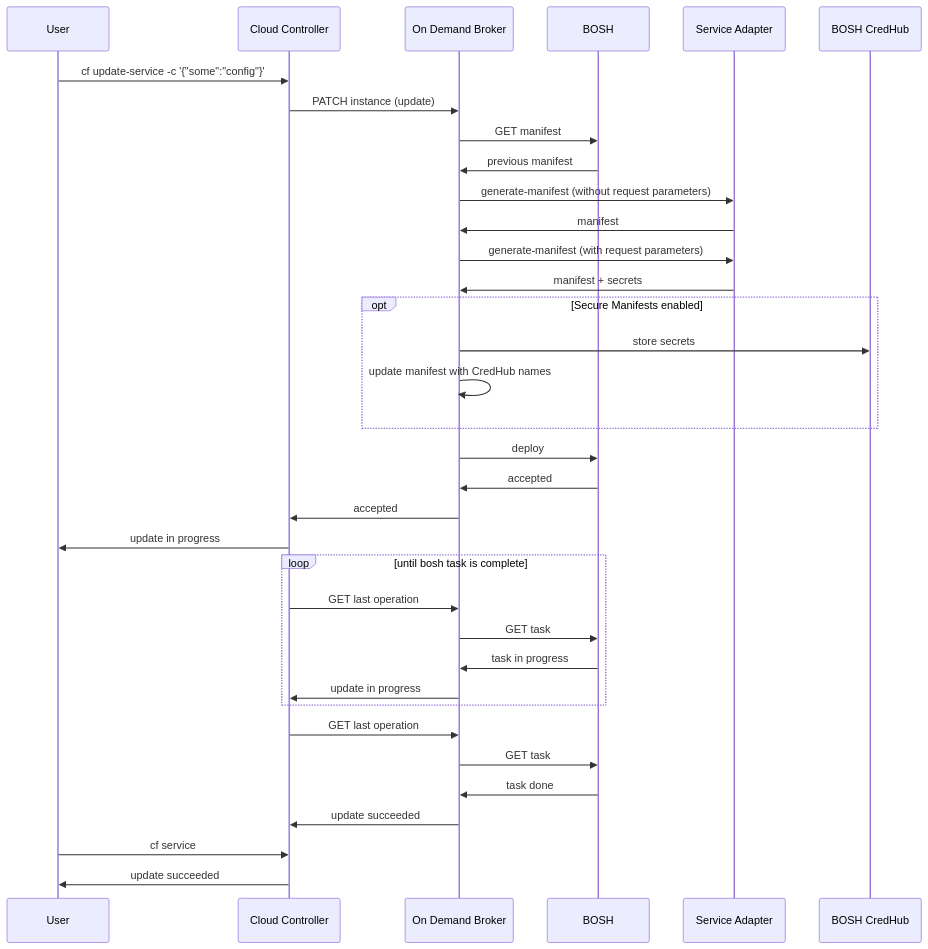
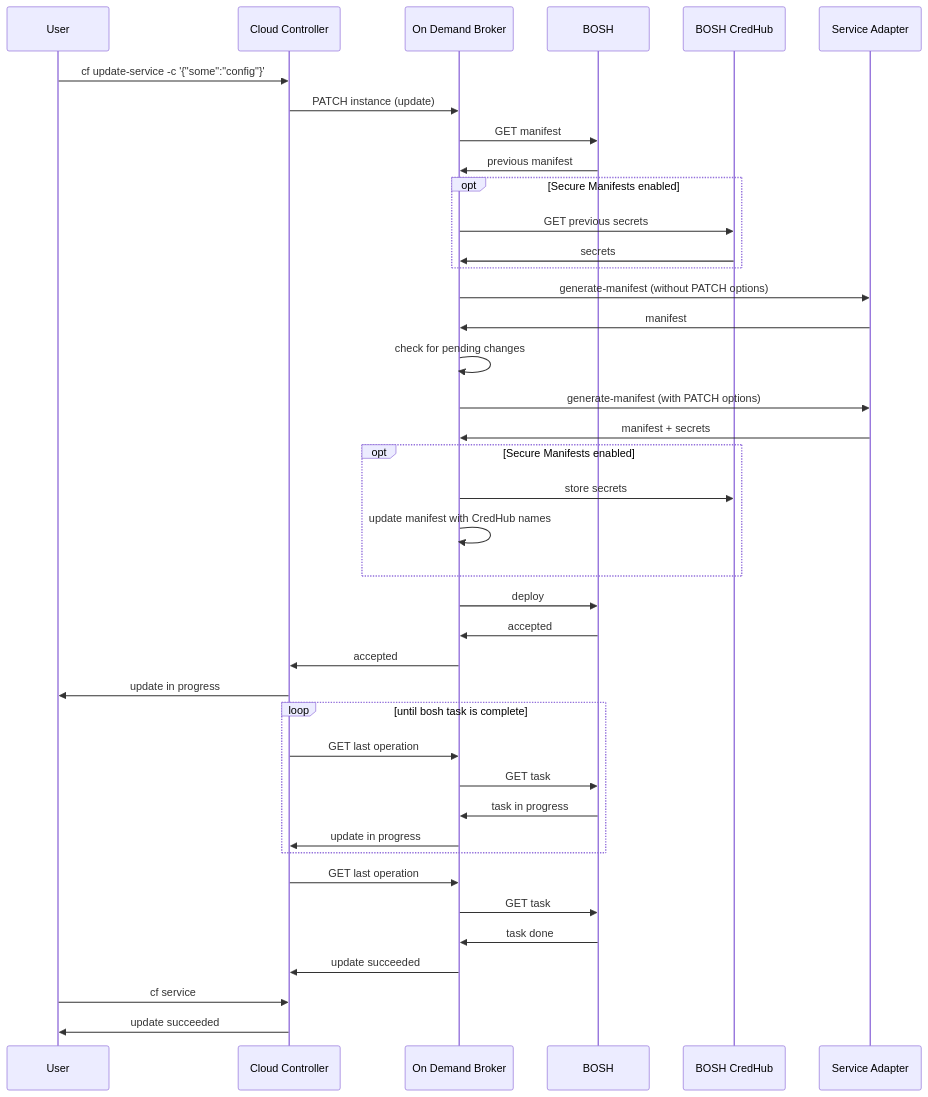
The diagram in mmd/update_service_no_pending_changes_workflow.mmd (pivotal-cf/docs-on-demand-service-broker), drawn with Mermaid before and after one commit. The commit also changed 4 other files, not shown here.

First line of the commit message:
Document passing manifest secrets to generate-manifest

```diff
--- a/mmd/update_service_no_pending_changes_workflow.mmd
+++ b/mmd/update_service_no_pending_changes_workflow.mmd
@@ -1,31 +1,36 @@
 <div class="mermaid">
   sequenceDiagram
   User->> Cloud Controller: cf update-service -c '{"some":"config"}'
   Cloud Controller->> On Demand Broker: PATCH instance (update)
   On Demand Broker->>BOSH:GET manifest
   BOSH->>On Demand Broker:previous manifest
-  On Demand Broker->>Service Adapter: generate-manifest (without request parameters)
+  opt Secure Manifests enabled
+    On Demand Broker->>BOSH CredHub: GET previous secrets
+    BOSH CredHub->>On Demand Broker: secrets
+  end
+  On Demand Broker->>Service Adapter: generate-manifest (without PATCH options)
   Service Adapter->>On Demand Broker: manifest
-  On Demand Broker->>Service Adapter: generate-manifest (with request parameters)
+  On Demand Broker->>On Demand Broker: check for pending changes
+  On Demand Broker->>Service Adapter: generate-manifest (with PATCH options)
   Service Adapter->>On Demand Broker: manifest + secrets
   opt Secure Manifests enabled
     On Demand Broker->>BOSH CredHub: store secrets
     On Demand Broker->>On Demand Broker: update manifest with CredHub names
   end
   On Demand Broker->>BOSH: deploy
   BOSH->>On Demand Broker: accepted
   On Demand Broker->>Cloud Controller: accepted
   Cloud Controller->>User: update in progress
   loop until bosh task is complete
     Cloud Controller->>On Demand Broker:GET last operation
     On Demand Broker->>BOSH:GET task
     BOSH->>On Demand Broker:task in progress
     On Demand Broker->>Cloud Controller:update in progress
   end
   Cloud Controller->>On Demand Broker:GET last operation
   On Demand Broker->>BOSH:GET task
   BOSH->>On Demand Broker:task done
   On Demand Broker->>Cloud Controller:update succeeded
   User->>Cloud Controller: cf service
   Cloud Controller->>User: update succeeded
 </div>
```
